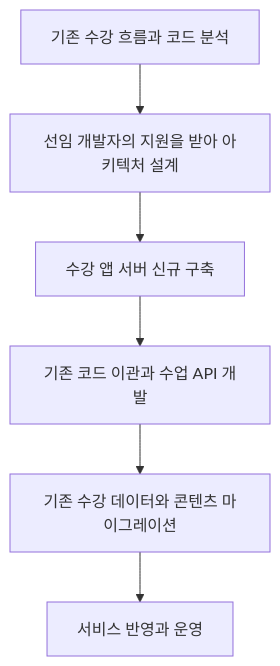
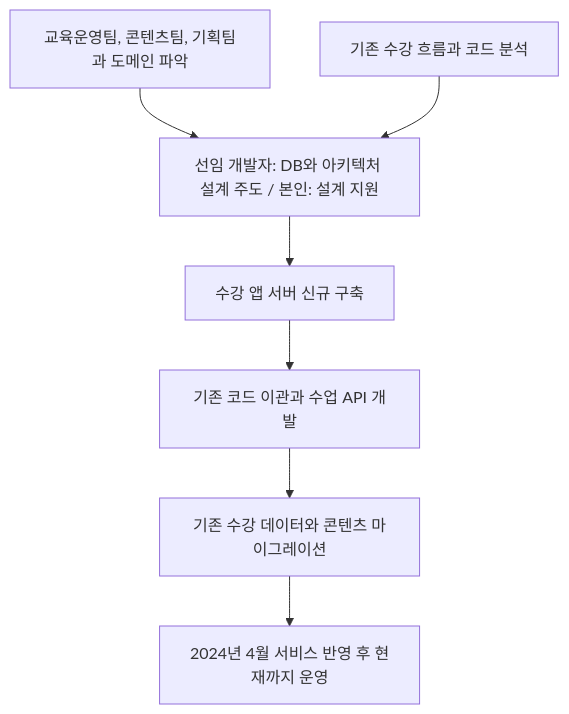
Before and after one commit to KimHG1995/work-history: the diagram in projects/education-services/class-app-server.md, drawn with Mermaid. The commit also changed other lines of this file and 4 other files, not shown here.

````diff
--- a/projects/education-services/class-app-server.md
+++ b/projects/education-services/class-app-server.md
@@ -35,8 +39,9 @@
 ```mermaid
 flowchart TD
-    analyze["기존 수강 흐름과 코드 분석"] --> architecture["선임 개발자의 지원을 받아 아키텍처 설계"]
+    domain["교육운영팀, 콘텐츠팀, 기획팀과 도메인 파악"] --> architecture["선임 개발자: DB와 아키텍처 설계 주도 / 본인: 설계 지원"]
+    analyze["기존 수강 흐름과 코드 분석"] --> architecture
     architecture --> server["수강 앱 서버 신규 구축"]
     server --> code["기존 코드 이관과 수업 API 개발"]
     code --> migrate["기존 수강 데이터와 콘텐츠 마이그레이션"]
-    migrate --> operation["서비스 반영과 운영"]
+    migrate --> operation["2024년 4월 서비스 반영 후 현재까지 운영"]
 ```
````
